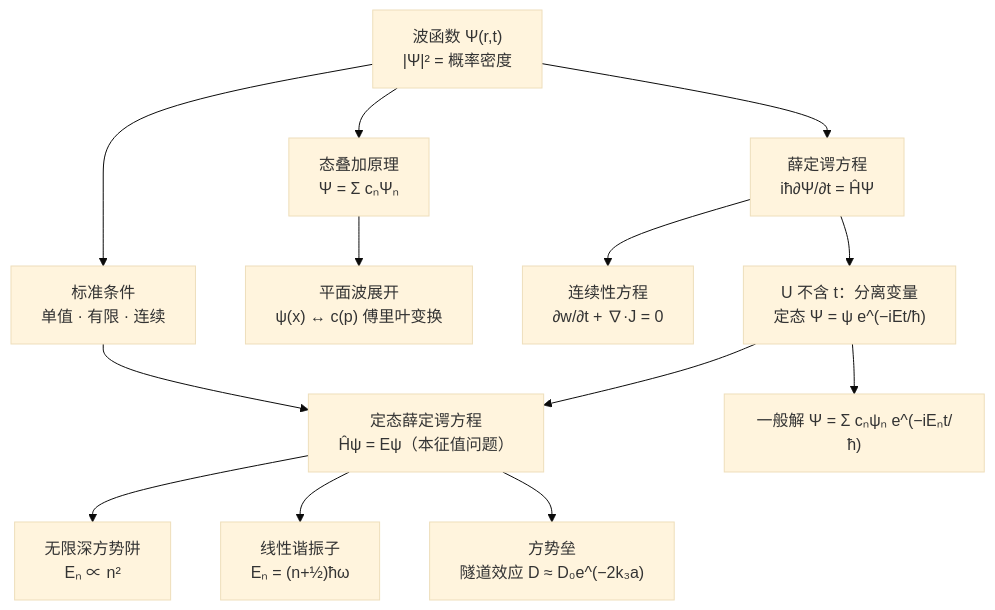
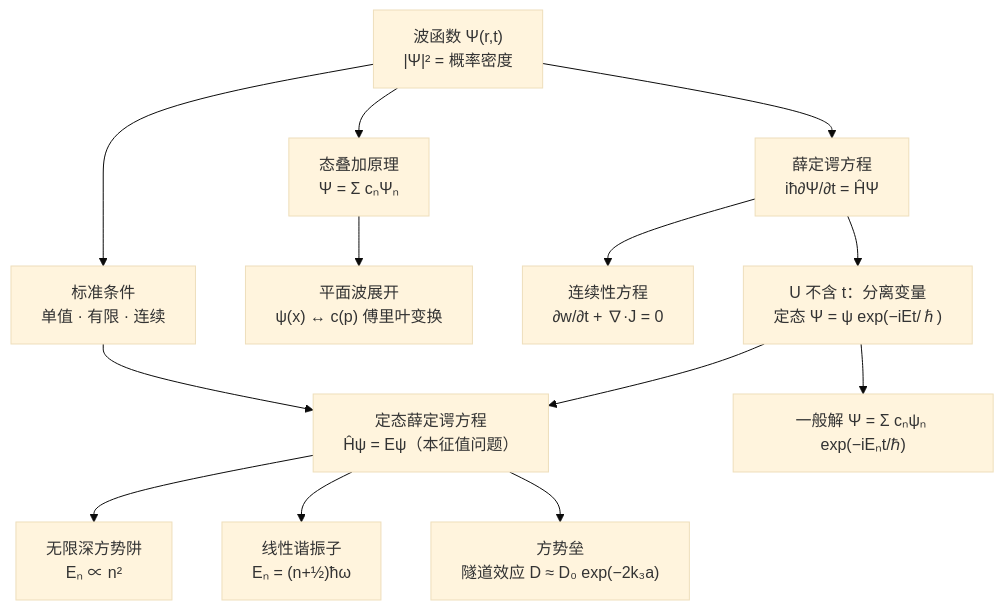
Before and after one commit to cockroach-f/quantum-mechanics: the diagram in docs/ch2.md, drawn with Mermaid (base theme). The commit also changed other lines of this file, not shown here.

Commit message:
按课件标出上课范围，并把归纳图里的指数写成 exp。

````diff
--- a/docs/ch2.md
+++ b/docs/ch2.md
@@ -629,15 +647,15 @@
 ```mermaid
 graph TD
   A["波函数 Ψ(r,t)<br/>|Ψ|² = 概率密度"] --> B["标准条件<br/>单值 · 有限 · 连续"]
   A --> C["态叠加原理<br/>Ψ = Σ cₙΨₙ"]
   C --> D["平面波展开<br/>ψ(x) ↔ c(p) 傅里叶变换"]
   A --> E["薛定谔方程<br/>iħ∂Ψ/∂t = ĤΨ"]
   E --> F["连续性方程<br/>∂w/∂t + ∇·J = 0"]
-  E --> G["U 不含 t：分离变量<br/>定态 Ψ = ψ e^(−iEt/ħ)"]
+  E --> G["U 不含 t：分离变量<br/>定态 Ψ = ψ exp(−iEt/ℏ)"]
   G --> H["定态薛定谔方程<br/>Ĥψ = Eψ（本征值问题）"]
   B --> H
   H --> I["无限深方势阱<br/>Eₙ ∝ n²"]
   H --> J["线性谐振子<br/>Eₙ = (n+½)ħω"]
-  H --> K["方势垒<br/>隧道效应 D ≈ D₀e^(−2k₃a)"]
-  G --> L["一般解 Ψ = Σ cₙψₙ e^(−iEₙt/ħ)"]
+  H --> K["方势垒<br/>隧道效应 D ≈ D₀ exp(−2k₃a)"]
+  G --> L["一般解 Ψ = Σ cₙψₙ exp(−iEₙt/ℏ)"]
 ```
````
